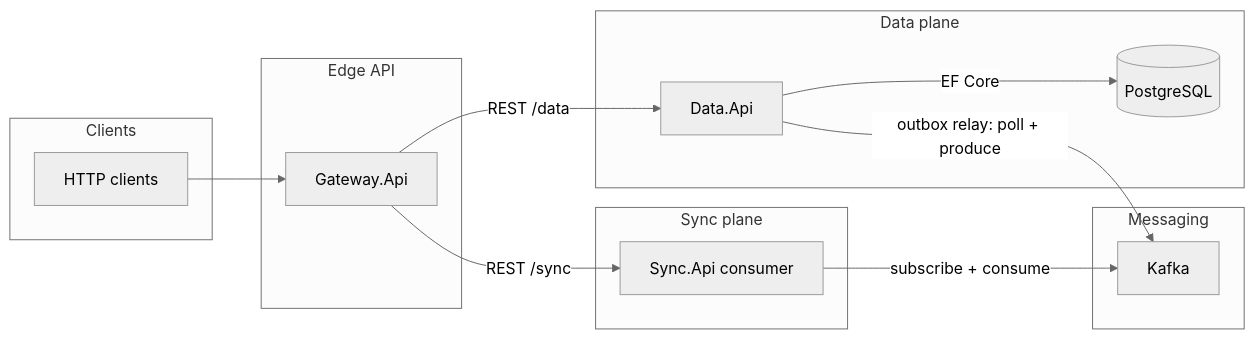
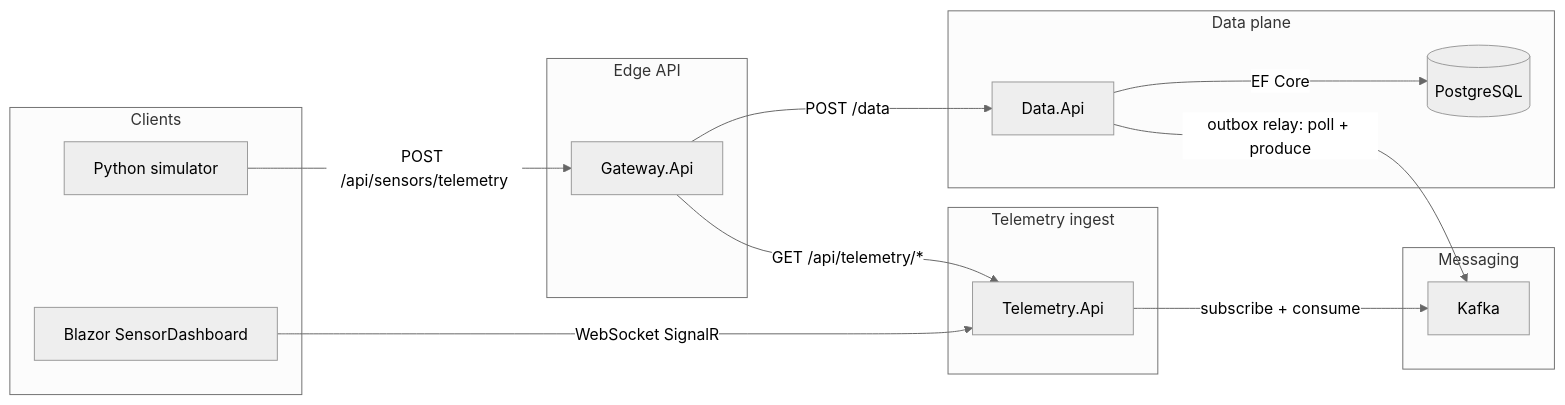
One commit to ProNexX/airgap-sync-platform changed the diagram in ARCHITECTURE.md. Above: the diagram before and after it, drawn with Mermaid (neutral theme). The commit also changed other lines of this file and 92 other files, not shown here.

First line of the commit message:
Refactor air-gap sync platform: replace sync service with telemetry service

````diff
--- a/ARCHITECTURE.md
+++ b/ARCHITECTURE.md
@@ -7,30 +12,32 @@
 ```mermaid
 flowchart LR
   subgraph clients["Clients"]
-    C[HTTP clients]
+    PY[Python simulator]
+    BZ[Blazor SensorDashboard]
   end
 
   subgraph edge["Edge API"]
     GW[Gateway.Api]
   end
 
   subgraph data_plane["Data plane"]
     DS[Data.Api]
     PG[(PostgreSQL)]
   end
 
   subgraph messaging["Messaging"]
     K[Kafka]
   end
 
-  subgraph sync_plane["Sync plane"]
-    SY[Sync.Api consumer]
+  subgraph ingest["Telemetry ingest"]
+    TY[Telemetry.Api]
   end
 
-  C --> GW
-  GW -->|REST /data| DS
-  GW -->|REST /sync| SY
+  PY -->|POST /api/sensors/telemetry| GW
+  BZ -->|WebSocket SignalR| TY
+  GW -->|POST /data| DS
+  GW -->|GET /api/telemetry/*| TY
   DS -->|EF Core| PG
   DS -->|outbox relay: poll + produce| K
-  SY -->|subscribe + consume| K
+  TY -->|subscribe + consume| K
 ```
````
